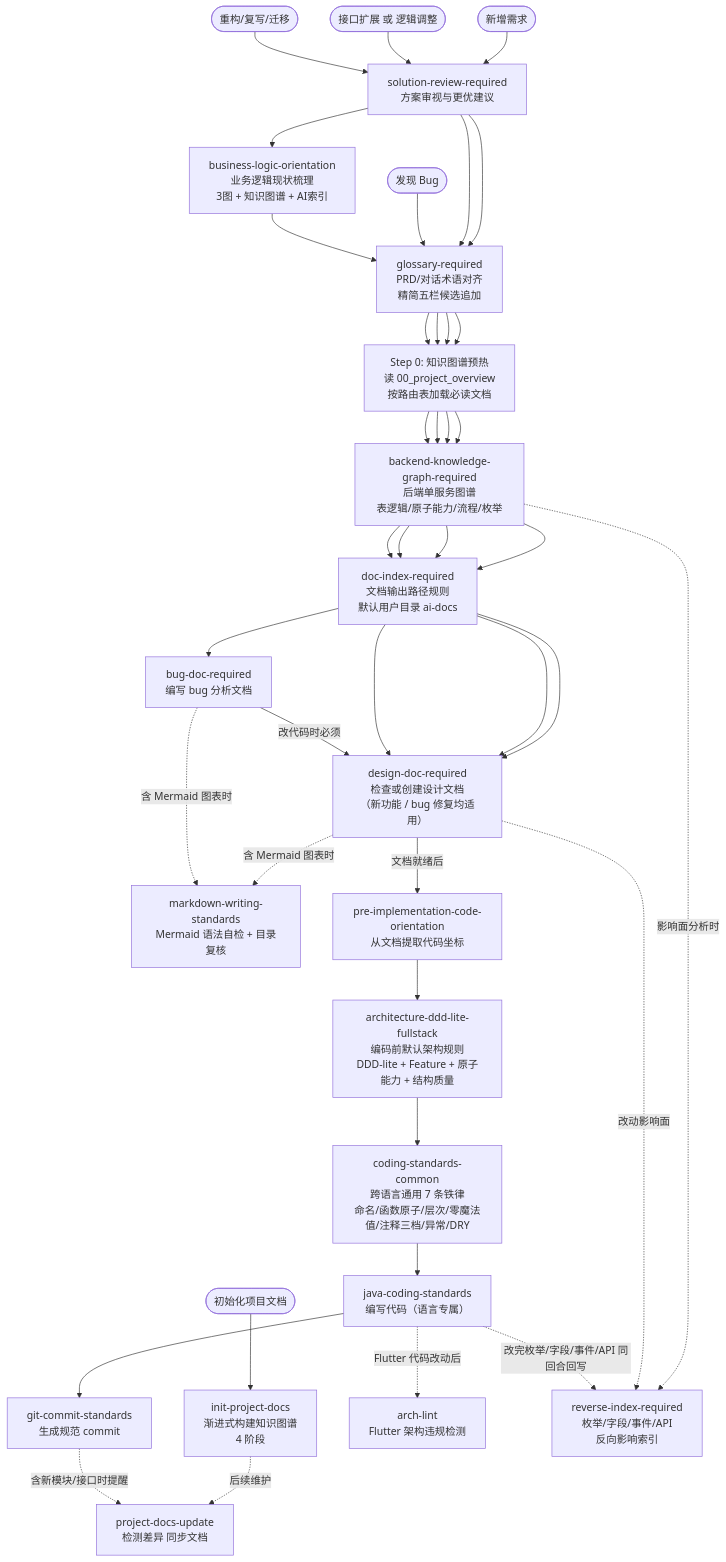
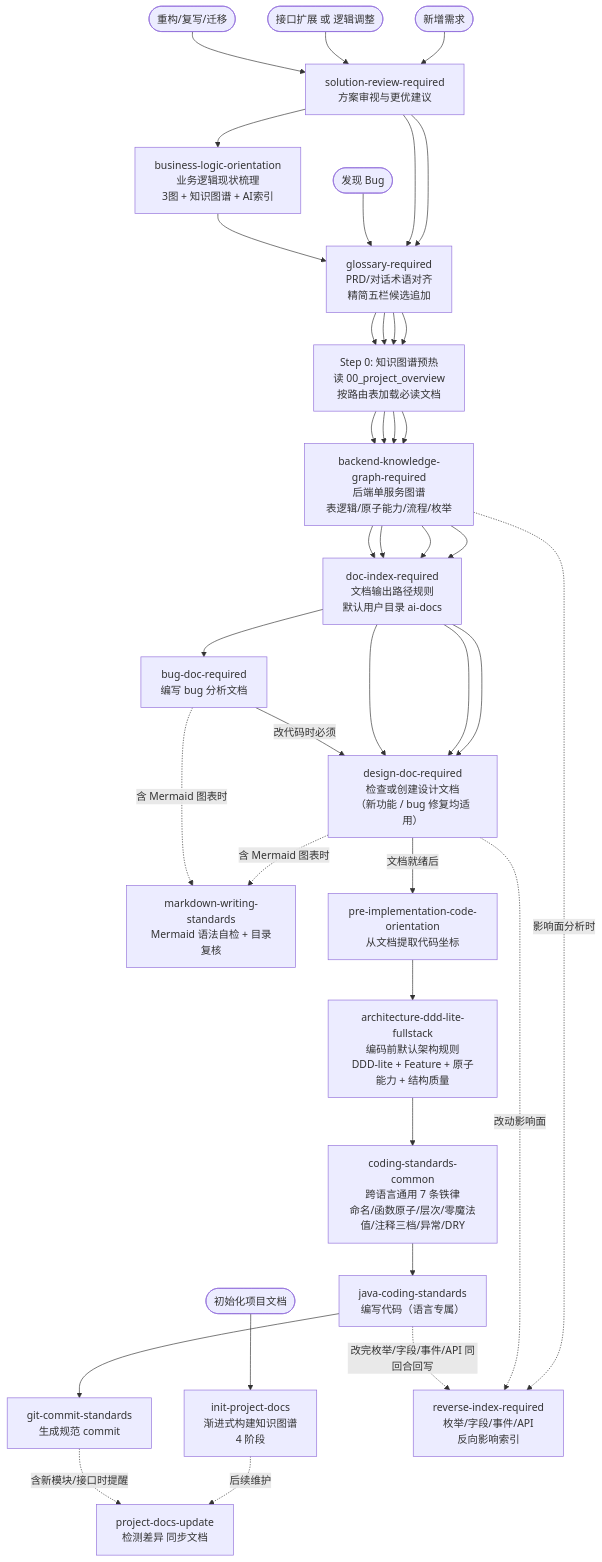
The first of 5 diagrams in docs/skill-flow.md (Turnin294/caseflow), drawn with Mermaid before and after one commit. The commit also changed other lines of this file and 39 other files, not shown here.

````diff
--- a/docs/skill-flow.md
+++ b/docs/skill-flow.md
@@ -53,75 +53,75 @@
 ```mermaid
 flowchart TD
     %% 入口层
     E1(["新增需求"])
     E2(["接口扩展 或 逻辑调整"])
     E3(["发现 Bug"])
 
     %% 分析层
     SRR["solution-review-required\n方案审视与更优建议"]
     BDR["bug-doc-required\n编写 bug 分析文档"]
 
     %% 文档层
     DOP["doc-index-required\n文档输出路径规则\n默认用户目录 ai-docs"]
     BKG["backend-knowledge-graph-required\n后端单服务图谱\n表逻辑/原子能力/流程/枚举"]
     DDR["design-doc-required\n检查或创建设计文档\n（新功能 / bug 修复均适用）"]
     MWS["markdown-writing-standards\nMermaid 语法自检 + 目录复核"]
 
     %% 实施层
     PICO["pre-implementation-code-orientation\n从文档提取代码坐标"]
     ARCH["architecture-ddd-lite-fullstack\n编码前默认架构规则\nDDD-lite + Feature + 原子能力 + 结构质量"]
     CSC["coding-standards-common\n跨语言通用 7 条铁律\n命名/函数原子/层次/零魔法值/注释三档/异常/DRY"]
     JCS["java-coding-standards\n编写代码（语言专属）"]
 
     %% 收尾层
     GCS["git-commit-standards\n生成规范 commit"]
 
     %% 重构入口
     E4(["重构/复写/迁移"])
     BLO["business-logic-orientation\n业务逻辑现状梳理\n3图 + 知识图谱 + AI索引"]
 
     %% 知识图谱入口
     E5(["初始化项目文档"])
     IPD["init-project-docs\n渐进式构建知识图谱\n4 阶段"]
     PDU["project-docs-update\n检测差异 同步文档"]
-    ALINT["arch-lint\nFlutter 架构违规检测"]
+
 
     %% 上下文预热
     CTX["Step 0: 知识图谱预热\n读 00_project_overview\n按路由表加载必读文档"]
 
     %% 输入侧知识规范(v21+)
     GLO["glossary-required\nPRD/对话术语对齐\n精简五栏候选追加"]
     RIDX["reverse-index-required\n枚举/字段/事件/API\n反向影响索引"]
 
     %% 入口路径
     E1 --> SRR --> GLO --> CTX --> BKG --> DOP --> DDR
     E2 --> SRR --> GLO --> CTX --> BKG --> DOP --> DDR
     E3 --> GLO --> CTX --> BKG --> DOP --> BDR
     E4 --> SRR --> BLO --> GLO --> CTX --> BKG --> DOP --> DDR
     E5 --> IPD
 
     %% 反向索引 - 与 backend-knowledge-graph 平级,影响面分析时必查
     BKG -. "影响面分析时" .-> RIDX
     DDR -. "改动影响面" .-> RIDX
 
     %% bug 分析文档完成后，必须写设计文档
     BDR -- "改代码时必须" --> DDR
 
     %% 文档中含 Mermaid 时自动触发语法检查
     DDR -. "含 Mermaid 图表时" .-> MWS
     BDR -. "含 Mermaid 图表时" .-> MWS
 
     %% 知识图谱维护
     IPD -. "后续维护" .-> PDU
     GCS -. "含新模块/接口时提醒" .-> PDU
 
     %% Flutter 架构检查
-    JCS -. "Flutter 代码改动后" .-> ALINT
+
 
     %% 反向索引同回合回写(v21+)
     JCS -. "改完枚举/字段/事件/API 同回合回写" .-> RIDX
 
     %% 汇入实施层
     DDR -- "文档就绪后" --> PICO
     PICO --> ARCH --> CSC --> JCS --> GCS
 ```
````
